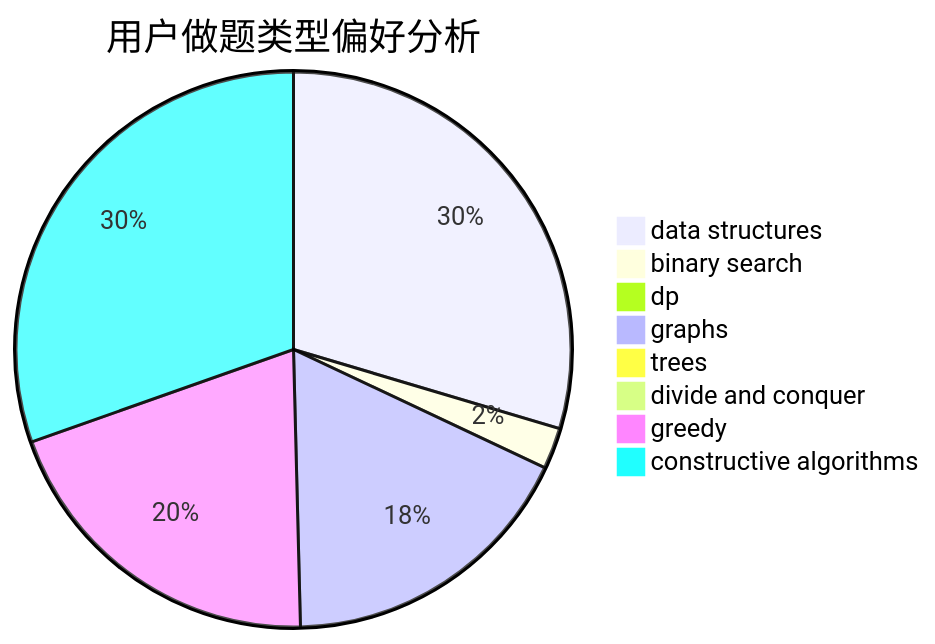
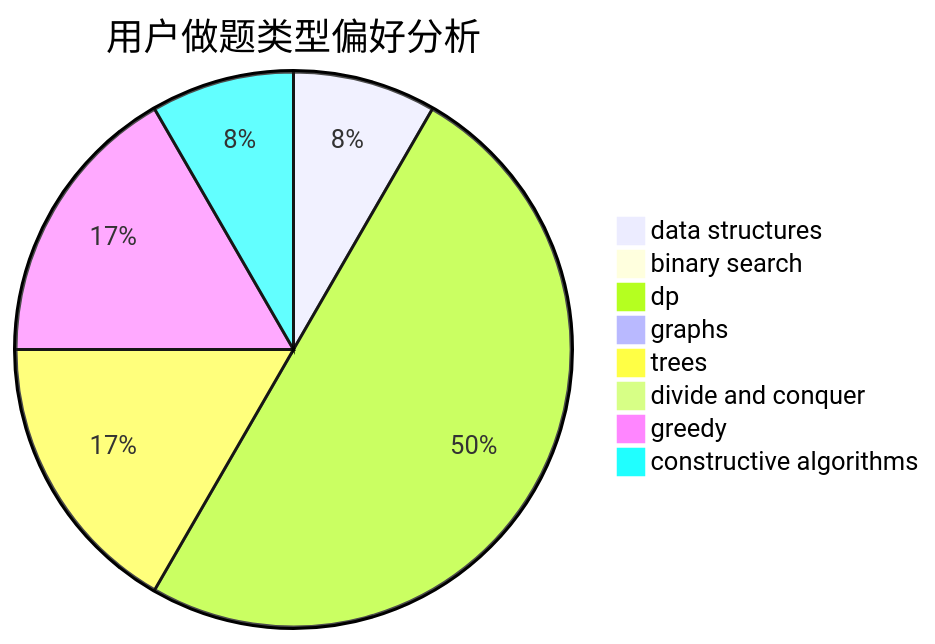
One commit to sherpahu/cfrs.github.io changed the second of 3 diagrams in docs/user/u562.md. Above: the diagram before and after it, drawn with Mermaid. The commit also changed other lines of this file and 2770 other files, not shown here.

````diff
--- a/docs/user/u562.md
+++ b/docs/user/u562.md
@@ -23,11 +23,11 @@
 ```mermaid
 pie title 用户做题类型偏好分析
-    "data structures" :  37
-    "binary search" :  3
-    "dp" :  0
-    "graphs" :  22
-    "trees" :  0
+    "data structures" :  2
+    "binary search" :  0
+    "dp" :  12
+    "graphs" :  0
+    "trees" :  4
     "divide and conquer" :  0
-    "greedy" :  25
-    "constructive algorithms" :  38
+    "greedy" :  4
+    "constructive algorithms" :  2
 ```
````
